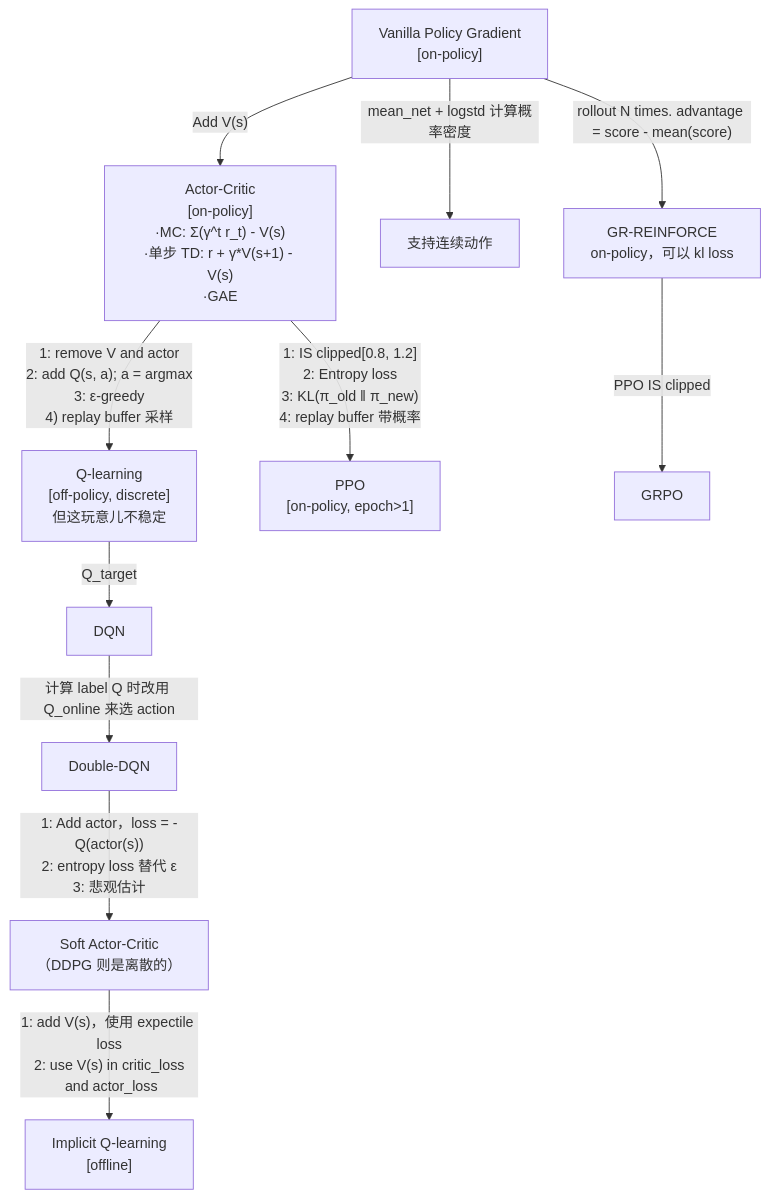
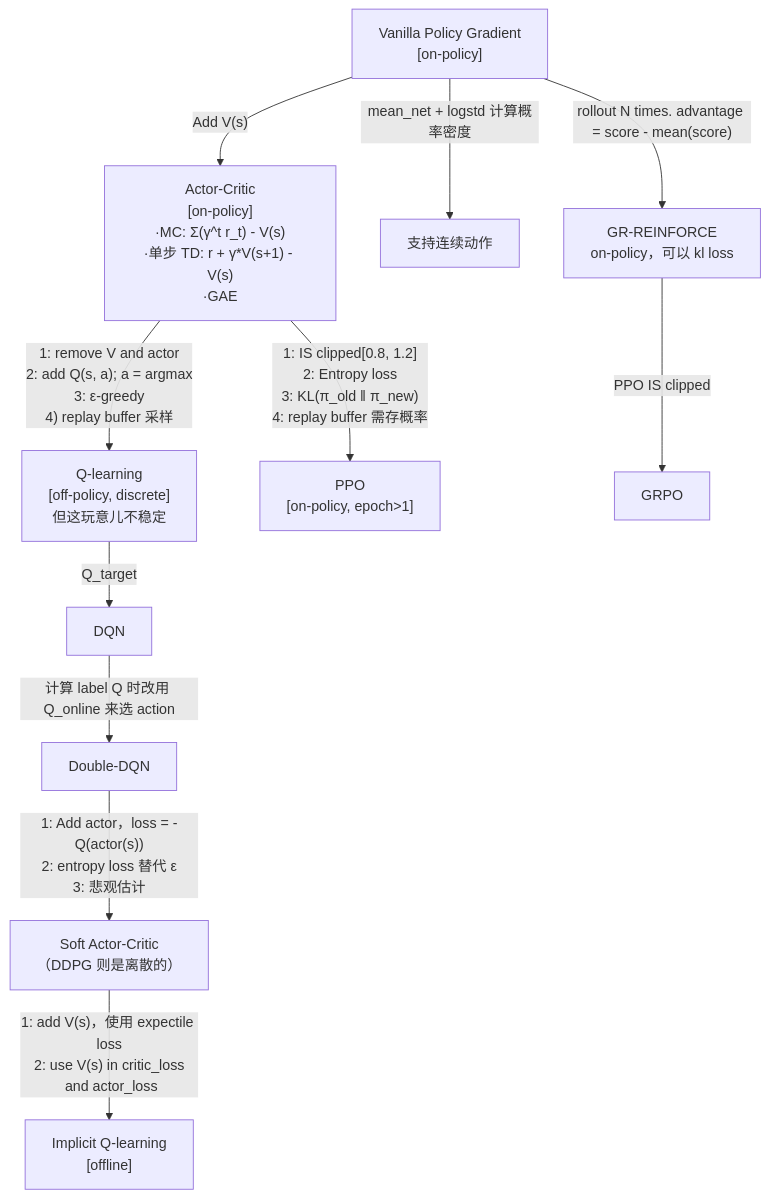
The diagram in 技术学习/285/285-0.md (julyfun/how-to), drawn with Mermaid before and after one commit. The commit also changed other lines of this file, not shown here.

````diff
--- a/技术学习/285/285-0.md
+++ b/技术学习/285/285-0.md
@@ -11,14 +11,14 @@
 ```mermaid
 flowchart TD
     PG["Vanilla Policy Gradient<br>[on-policy]"] -->|"Add V(s)"| AC
     AC["Actor-Critic<br>[on-policy]<br>·MC: Σ(γ^t r_t) - V(s)<br>·单步 TD: r + γ*V(s+1) - V(s)<br>·GAE"]
     PG -->|"mean_net + logstd 计算概率密度"| cont[支持连续动作]
     AC -->|"1: remove V and actor<br>2: add Q(s, a); a = argmax<br>3: ε-greedy<br>4) replay buffer 采样"| Q-learning["Q-learning<br>[off-policy, discrete]<br>但这玩意儿不稳定"]
     Q-learning -->|"Q_target"| DQN
     DQN -->|"计算 label Q 时改用 Q_online 来选 action"| Double-DQN
     Double-DQN -->|"1: Add actor，loss = -Q(actor(s))<br>2: entropy loss 替代 ε<br>3: 悲观估计"| SAC["Soft Actor-Critic<br>（DDPG 则是离散的）"]
     SAC -->|"1: add V(s)，使用 expectile loss<br>2: use V(s) in critic_loss<br> and actor_loss"| IQL["Implicit Q-learning<br>[offline]"]
-    AC -->|"1: IS clipped[0.8, 1.2]<br>2: Entropy loss<br>3: KL(π_old ‖ π_new)<br>4: replay buffer 带概率"| PPO["PPO<br>[on-policy, epoch>1]"]
+    AC -->|"1: IS clipped[0.8, 1.2]<br>2: Entropy loss<br>3: KL(π_old ‖ π_new)<br>4: replay buffer 需存概率"| PPO["PPO<br>[on-policy, epoch>1]"]
     PG -->|"rollout N times. advantage = score - mean(score)"| GR["GR-REINFORCE<br>on-policy，可以 kl loss"]
     GR -->|"PPO IS clipped"| GRPO
 ```
````
